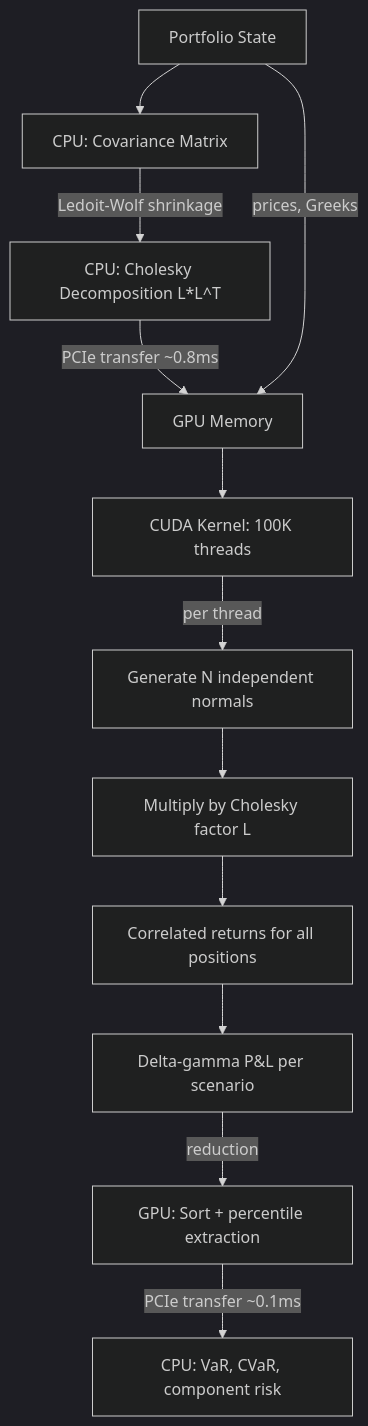
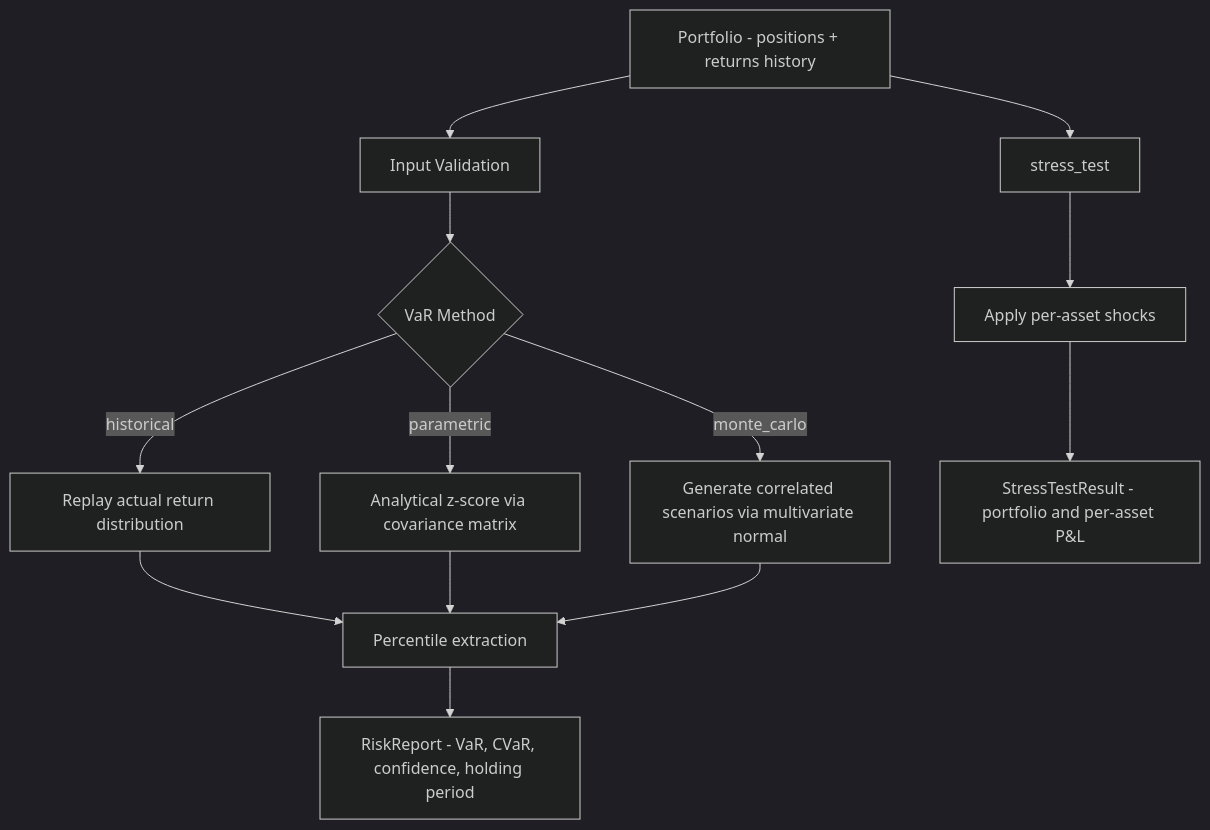
One commit to jrajath94/real-time-risk-engine changed the diagram in README.md. Above: the diagram before and after it, drawn with Mermaid (dark theme). The commit also changed other lines of this file and 2 other files, not shown here.

````diff
--- a/README.md
+++ b/README.md
@@ -33,14 +16,15 @@
 ```mermaid
 graph TD
-    A[Portfolio State] --> B[CPU: Covariance Matrix]
-    B -->|Ledoit-Wolf shrinkage| C[CPU: Cholesky Decomposition L*L^T]
-    C -->|PCIe transfer ~0.8ms| D[GPU Memory]
-    A -->|prices, Greeks| D
-    D --> E[CUDA Kernel: 100K threads]
-    E -->|per thread| F[Generate N independent normals]
-    F --> G[Multiply by Cholesky factor L]
-    G --> H[Correlated returns for all positions]
-    H --> I[Delta-gamma P&L per scenario]
-    I -->|reduction| J[GPU: Sort + percentile extraction]
-    J -->|PCIe transfer ~0.1ms| K[CPU: VaR, CVaR, component risk]
+    A[Portfolio - positions + returns history] --> B[Input Validation]
+    B --> C{VaR Method}
+    C -->|historical| D[Replay actual return distribution]
+    C -->|parametric| E[Analytical z-score via covariance matrix]
+    C -->|monte_carlo| F[Generate correlated scenarios via multivariate normal]
+    D --> G[Percentile extraction]
+    E --> G
+    F --> G
+    G --> H[RiskReport - VaR, CVaR, confidence, holding period]
+    A --> I[stress_test]
+    I --> J[Apply per-asset shocks]
+    J --> K[StressTestResult - portfolio and per-asset P&L]
 ```
````
